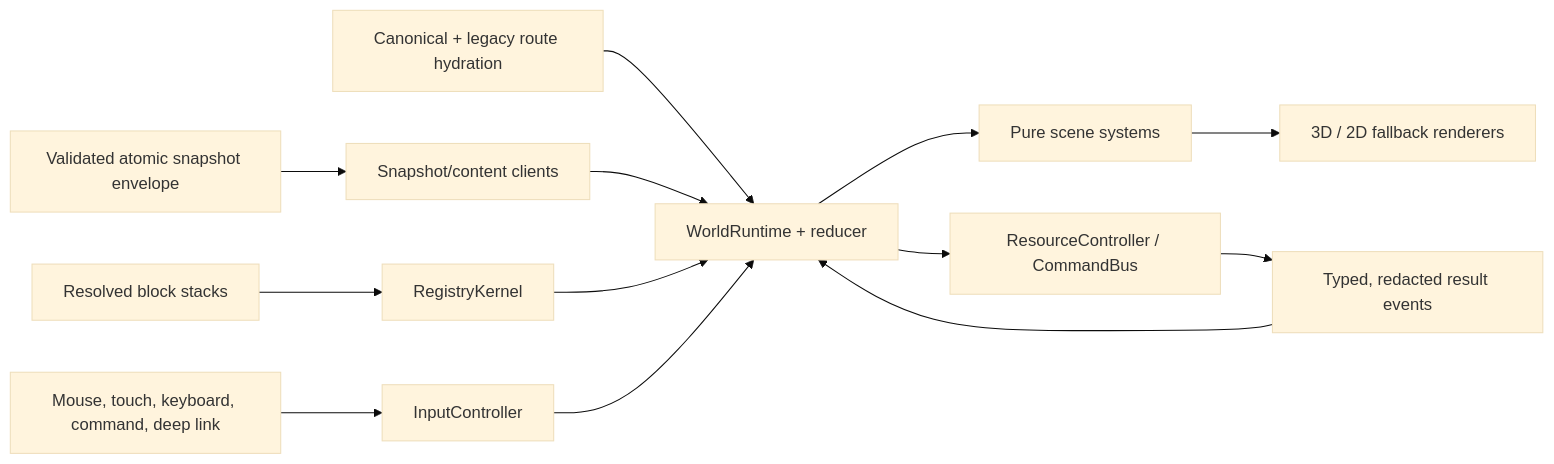
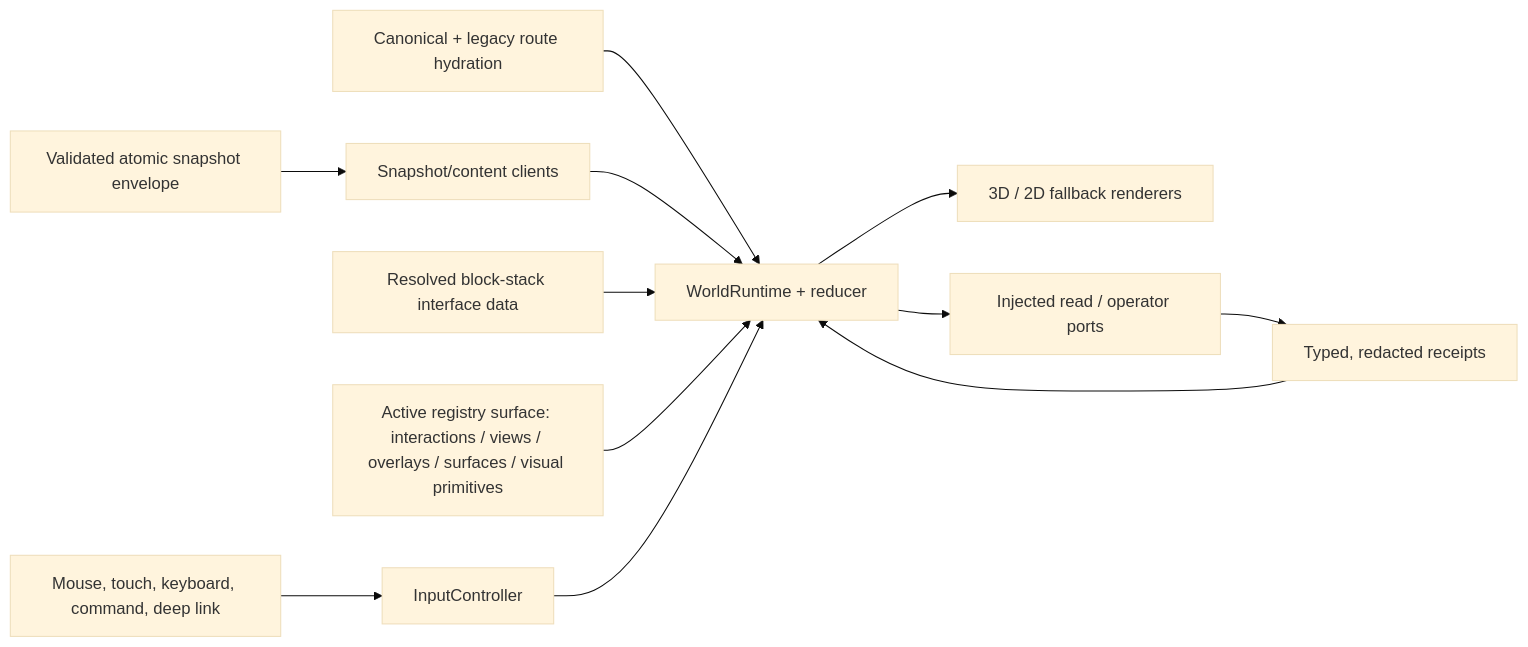
One commit to kimlage/wiki-viva-kit changed the first of 2 diagrams in docs/references/guides/wiki-viva-v8-runtime-architecture.md. Above: the diagram before and after it, drawn with Mermaid (base theme). The commit also changed other lines of this file and 1453 other files, not shown here.

````diff
--- a/docs/references/guides/wiki-viva-v8-runtime-architecture.md
+++ b/docs/references/guides/wiki-viva-v8-runtime-architecture.md
@@ -24,15 +24,14 @@
 ```mermaid
 flowchart LR
     Envelope["Validated atomic snapshot envelope"] --> Client["Snapshot/content clients"]
     Route["Canonical + legacy route hydration"] --> Runtime["WorldRuntime + reducer"]
     Client --> Runtime
-    Blocks["Resolved block stacks"] --> Kernel["RegistryKernel"]
-    Kernel --> Runtime
-    Runtime --> Systems["Pure scene systems"]
-    Systems --> Renderers["3D / 2D fallback renderers"]
+    Blocks["Resolved block-stack interface data"] --> Runtime
+    Kernel["Active registry surface: interactions / views / overlays / surfaces / visual primitives"] --> Runtime
+    Runtime --> Renderers["3D / 2D fallback renderers"]
     Input["Mouse, touch, keyboard, command, deep link"] --> Controller["InputController"]
     Controller --> Runtime
-    Runtime --> Effects["ResourceController / CommandBus"]
-    Effects --> Receipts["Typed, redacted result events"]
+    Runtime --> Ports["Injected read / operator ports"]
+    Ports --> Receipts["Typed, redacted receipts"]
     Receipts --> Runtime
 ```
````
